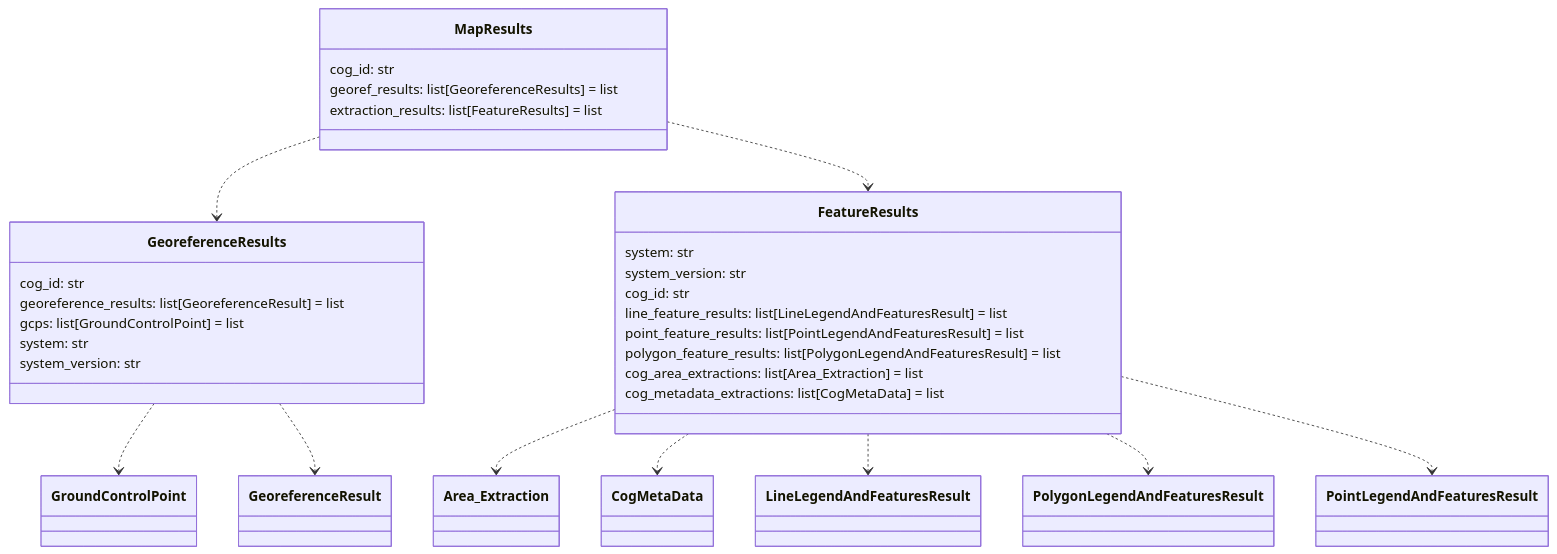
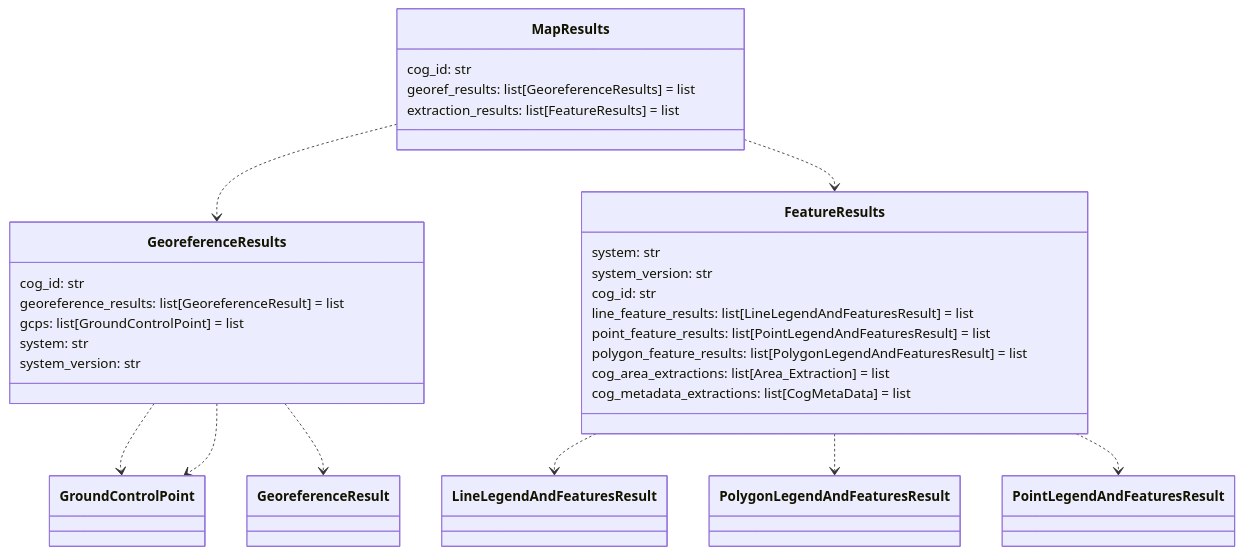
Diagram 11 of 14 in README.md (DARPA-CRITICALMAAS/cdr_schemas), drawn with Mermaid before and after one commit. The commit also changed other lines of this file and 3 other files, not shown here.

````diff
--- a/README.md
+++ b/README.md
@@ -937,40 +986,39 @@
 ```mermaid
 classDiagram
 
     class MapResults {
         cog_id: str
         georef_results: list[GeoreferenceResults] = list
         extraction_results: list[FeatureResults] = list
     }
 
     class GeoreferenceResults {
         cog_id: str
         georeference_results: list[GeoreferenceResult] = list
         gcps: list[GroundControlPoint] = list
         system: str
         system_version: str
     }
 
     class FeatureResults {
         system: str
         system_version: str
         cog_id: str
         line_feature_results: list[LineLegendAndFeaturesResult] = list
         point_feature_results: list[PointLegendAndFeaturesResult] = list
         polygon_feature_results: list[PolygonLegendAndFeaturesResult] = list
         cog_area_extractions: list[Area_Extraction] = list
         cog_metadata_extractions: list[CogMetaData] = list
     }
 
-    FeatureResults ..> Area_Extraction
-    FeatureResults ..> CogMetaData
     FeatureResults ..> LineLegendAndFeaturesResult
     FeatureResults ..> PolygonLegendAndFeaturesResult
     FeatureResults ..> PointLegendAndFeaturesResult
     GeoreferenceResults ..> GroundControlPoint
     GeoreferenceResults ..> GeoreferenceResult
+    GeoreferenceResults ..> GroundControlPoint
     MapResults ..> GeoreferenceResults
     MapResults ..> FeatureResults
 
 
 ```
````
